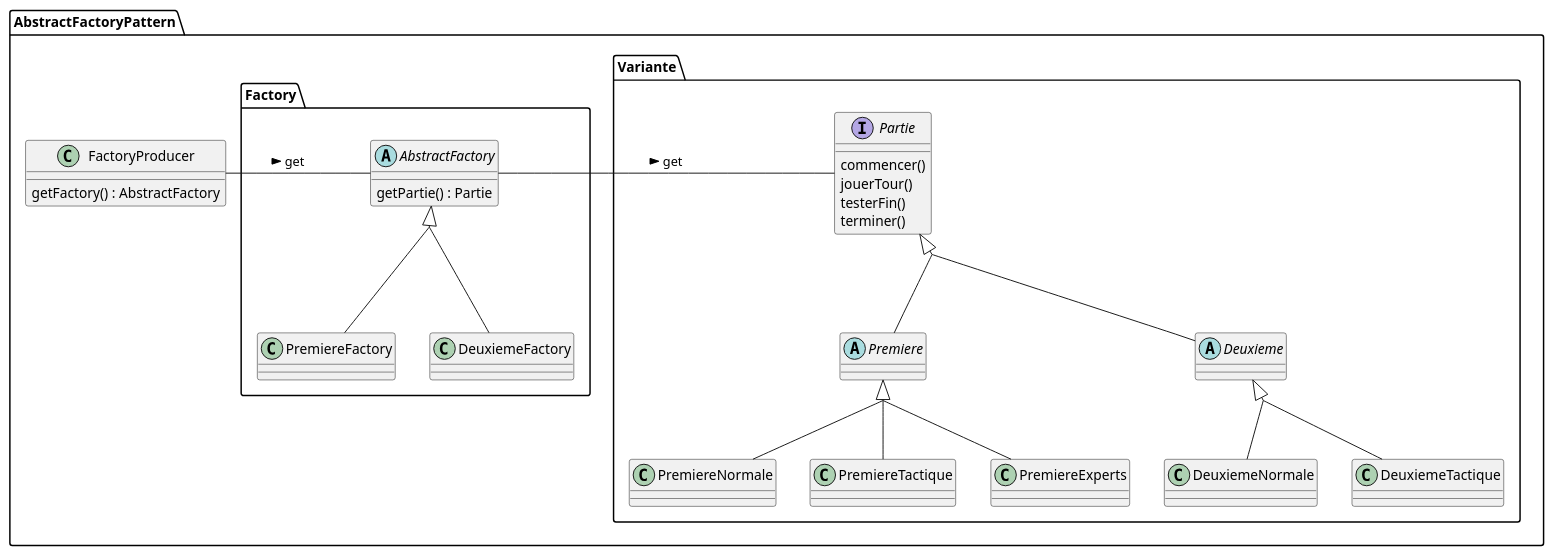
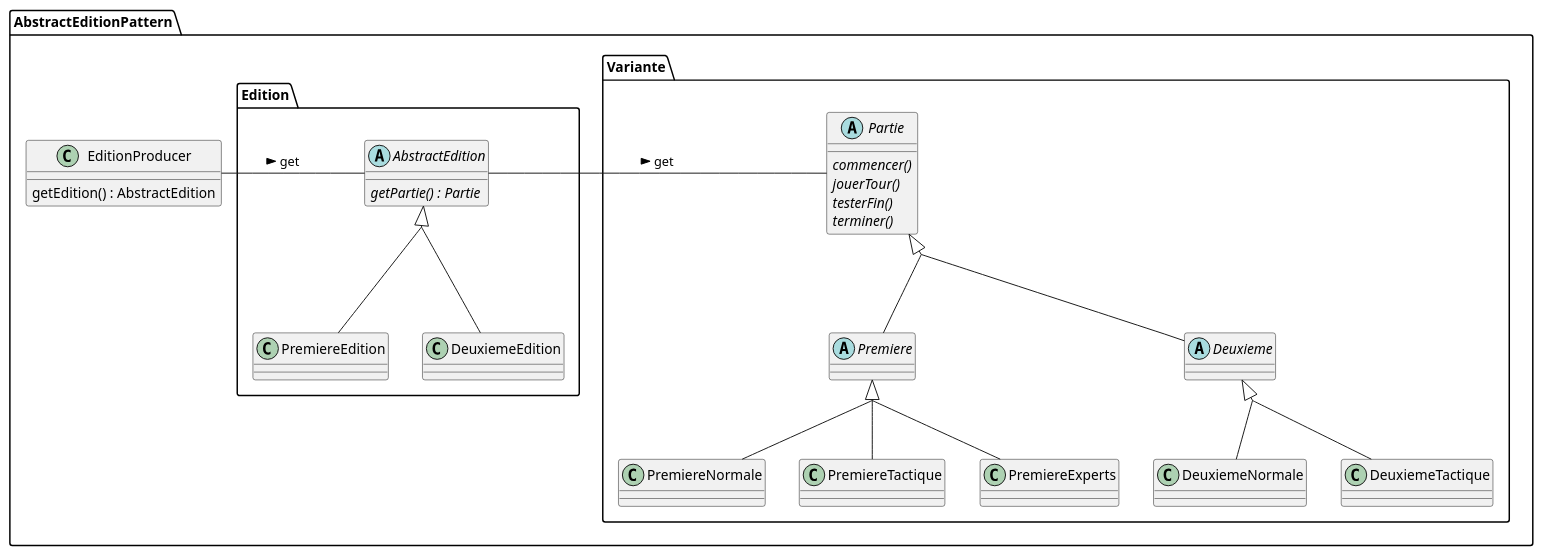
Before and after one commit to Ocean2356/SchottenTotten_OOP-Cpp: the diagram in plantuml/GenerationPartie.plantuml, drawn with PlantUML. The commit also changed 4 other files, not shown here.

```diff
--- a/plantuml/GenerationPartie.plantuml
+++ b/plantuml/GenerationPartie.plantuml
@@ -1,70 +1,70 @@
 @startuml partie 
 skinparam groupInheritance 2
 
-' namespace FactoryPattern{
-'     class PartieFactory{
+' namespace EditionPattern{
+'     class PartieEdition{
 '         getPartie() : Partie
 '     }
-'     PartieFactory - Partie : get >
+'     PartieEdition - Partie : get >
 '     interface Partie {
 '         commencer()
 '         jouerTour()
 '         testerFin()
 '         terminer()
 '     }
 
 '     Partie <|-- Premiere
 '     Partie <|-- Deuxieme
 '     abstract Premiere
 '     abstract Deuxieme
 '     Premiere <|-- PremiereNormale 
 '     Premiere <|-- PremiereTactique
 '     Premiere <|-- PremiereExperts
 '     Deuxieme <|-- DeuxiemeNormale
 '     Deuxieme <|-- DeuxiemeTactique
 ' }
 
-namespace AbstractFactoryPattern{
-    class FactoryProducer{
-        getFactory() : AbstractFactory
+namespace AbstractEditionPattern{
+    class EditionProducer{
+        getEdition() : AbstractEdition
     }
 
-    namespace Factory{
-        abstract AbstractFactory
-        class PremiereFactory
-        class DeuxiemeFactory
+    namespace Edition{
+        abstract AbstractEdition
+        class PremiereEdition
+        class DeuxiemeEdition
 
-        AbstractFactoryPattern.FactoryProducer - AbstractFactory : get >
-        AbstractFactory <|-- PremiereFactory
-        AbstractFactory <|-- DeuxiemeFactory
+        AbstractEditionPattern.EditionProducer - AbstractEdition : get >
+        AbstractEdition <|-- PremiereEdition
+        AbstractEdition <|-- DeuxiemeEdition
 
-        abstract AbstractFactory {
-            getPartie() : Partie
+        abstract AbstractEdition {
+            getPartie() : Partie {abstract}
         }
     }
 
     namespace Variante{
-        interface Partie {
-            commencer()
-            jouerTour()
-            testerFin()
-            terminer()
+        abstract Partie {
+            commencer() {abstract}
+            jouerTour() {abstract}
+            testerFin() {abstract}
+            terminer() {abstract}
         }
 
-        AbstractFactoryPattern.Factory.AbstractFactory - Partie : get >
+        AbstractEditionPattern.Edition.AbstractEdition - Partie : get >
         Partie <|-- Premiere
         Partie <|-- Deuxieme
         abstract Premiere
         abstract Deuxieme
         Premiere <|-- PremiereNormale 
         Premiere <|-- PremiereTactique
         Premiere <|-- PremiereExperts
         Deuxieme <|-- DeuxiemeNormale
         Deuxieme <|-- DeuxiemeTactique
     }
 }
 
 
-AbstractFactoryPattern.FactoryProducer -[hidden] AbstractFactoryPattern.Factory.PremiereFactory
-' FactoryPattern.PremiereNormale --[hidden]-- AbstractFactoryPattern.FactoryProducer
+AbstractEditionPattern.EditionProducer -[hidden] AbstractEditionPattern.Edition.PremiereEdition
+' EditionPattern.PremiereNormale --[hidden]-- AbstractEditionPattern.EditionProducer
 @enduml
```
